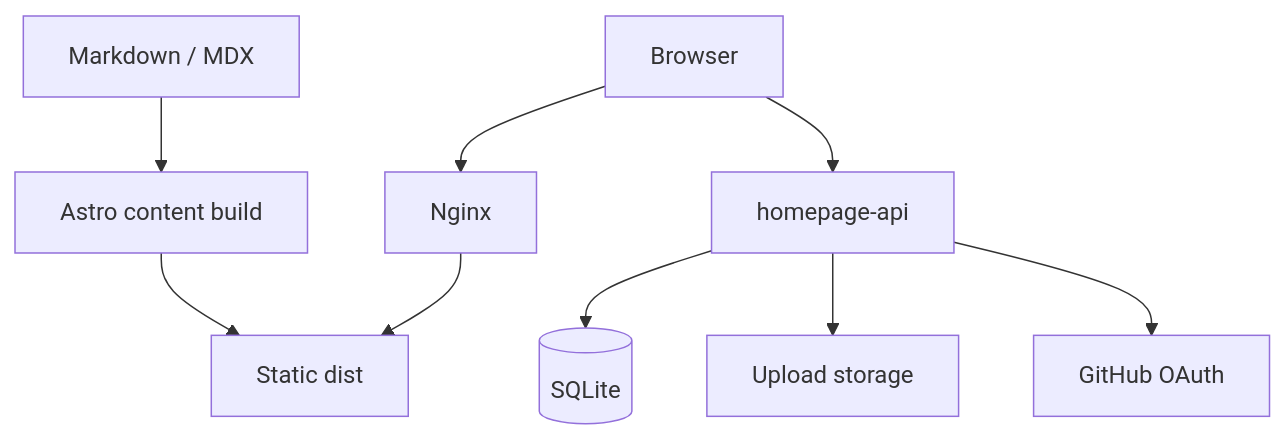
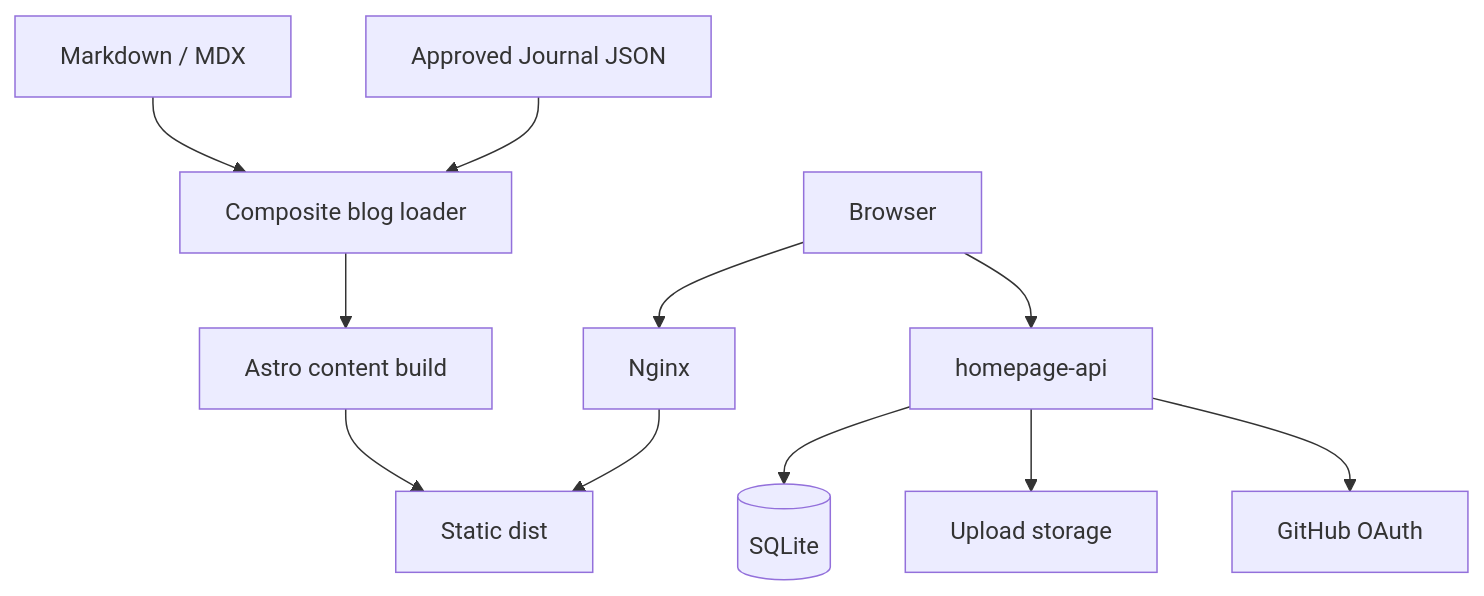
Before and after one commit to XGWNJE/HomePage: the diagram in docs/architecture.md, drawn with Mermaid. The commit also changed other lines of this file and 35 other files, not shown here.

````diff
--- a/docs/architecture.md
+++ b/docs/architecture.md
@@ -12,11 +12,13 @@
 ```mermaid
 flowchart TB
-  Content["Markdown / MDX"] --> Astro["Astro content build"]
+  Content["Markdown / MDX"] --> BlogLoader["Composite blog loader"]
+  Agency["Approved Journal JSON"] --> BlogLoader["Composite blog loader"]
+  BlogLoader --> Astro["Astro content build"]
   Astro --> Dist["Static dist"]
   Browser["Browser"] --> Nginx["Nginx"]
   Nginx --> Dist
   Browser --> API["homepage-api"]
   API --> SQLite[("SQLite")]
   API --> Files["Upload storage"]
   API --> GitHub["GitHub OAuth"]
 ```
````
